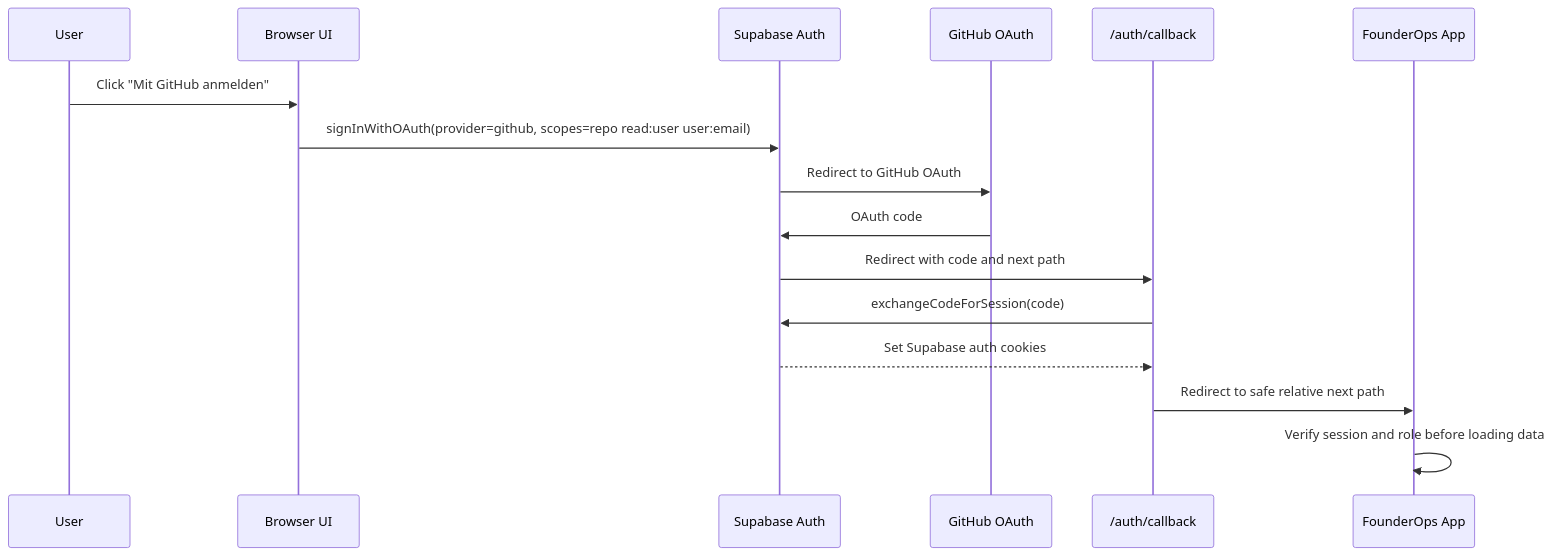
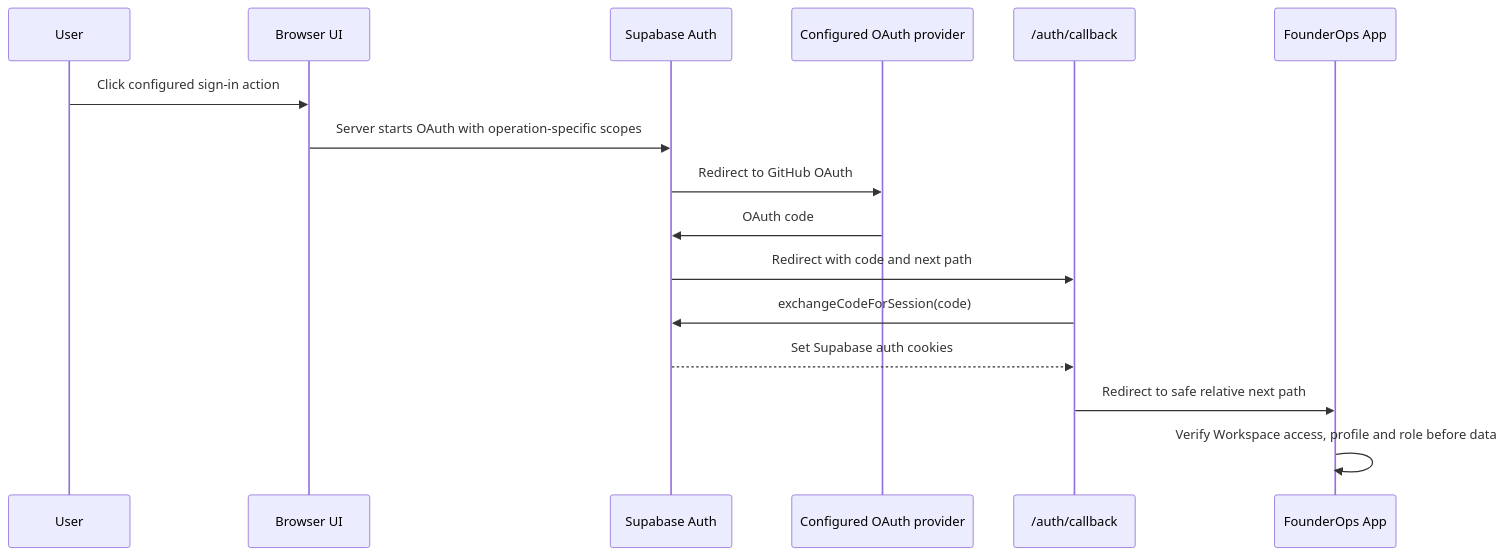
The second of 5 diagrams in docs/auth-flow.md (findmydoc-platform/founder-scoreboard-v2), drawn with Mermaid before and after one commit. The commit also changed other lines of this file and 94 other files, not shown here.

First line of the commit message:
feat: add staged Google Workspace login with access controls (#447)

````diff
--- a/docs/auth-flow.md
+++ b/docs/auth-flow.md
@@ -38,19 +40,19 @@
 ```mermaid
 sequenceDiagram
   participant U as User
   participant UI as Browser UI
   participant SB as Supabase Auth
-  participant GH as GitHub OAuth
+  participant GH as Configured OAuth provider
   participant CB as /auth/callback
   participant APP as FounderOps App
 
-  U->>UI: Click "Mit GitHub anmelden"
-  UI->>SB: signInWithOAuth(provider=github, scopes=repo read:user user:email)
+  U->>UI: Click configured sign-in action
+  UI->>SB: Server starts OAuth with operation-specific scopes
   SB->>GH: Redirect to GitHub OAuth
   GH->>SB: OAuth code
   SB->>CB: Redirect with code and next path
   CB->>SB: exchangeCodeForSession(code)
   SB-->>CB: Set Supabase auth cookies
   CB->>APP: Redirect to safe relative next path
-  APP->>APP: Verify session and role before loading data
+  APP->>APP: Verify Workspace access, profile and role before data
 ```
````
